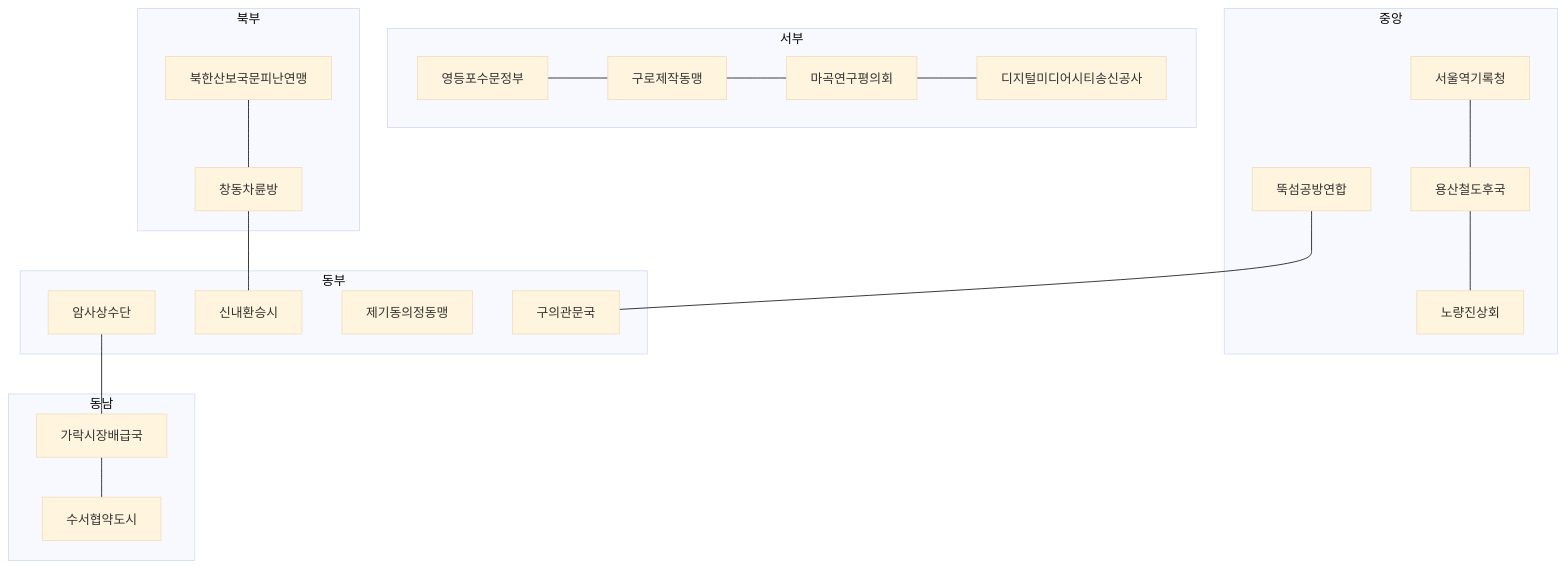
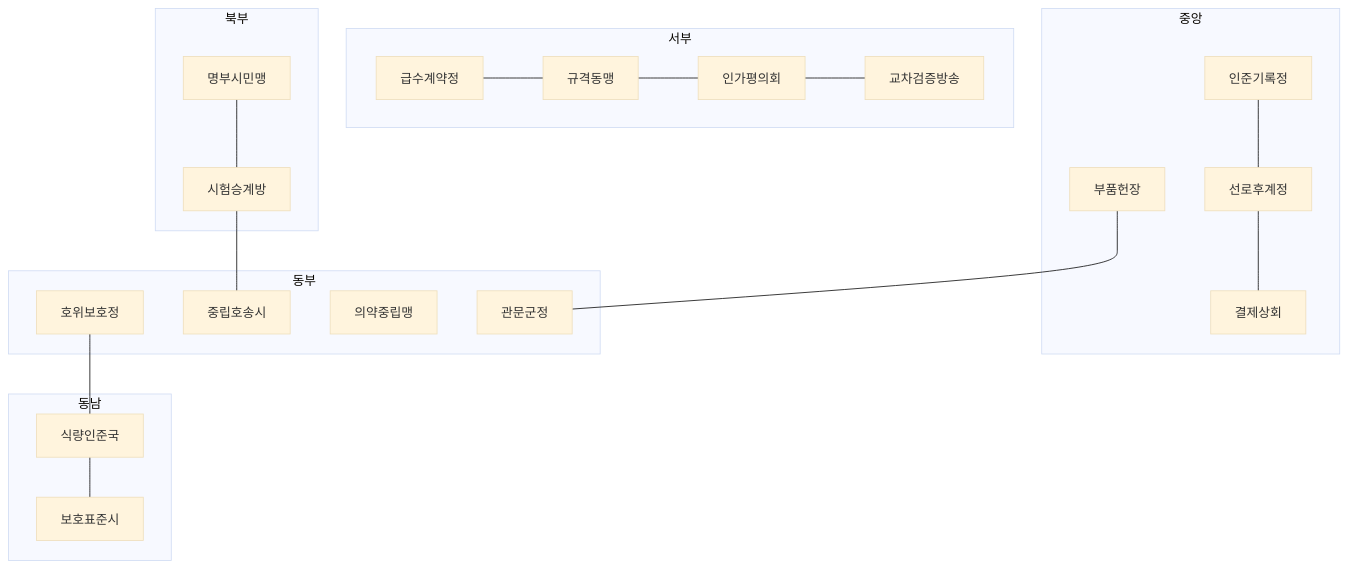
Before and after one commit to islee23520/seoul-dengoku-wiki: the diagram in Wikis/game-logic/Sixteen-States.md, drawn with Mermaid (base theme). The commit also changed other lines of this file and 215 other files, not shown here.

````diff
--- a/Wikis/game-logic/Sixteen-States.md
+++ b/Wikis/game-logic/Sixteen-States.md
@@ -13,39 +15,39 @@
 ```mermaid
 flowchart TB
   subgraph west [서부]
-    YS[영등포수문정부]
-    SN[구로제작동맹]
-    MG[마곡연구평의회]
-    SA[디지털미디어시티송신공사]
+    YS[급수계약정]
+    SN[규격동맹]
+    MG[인가평의회]
+    SA[교차검증방송]
   end
   subgraph center [중앙]
-    DS[서울역기록청]
-    YS2[용산철도후국]
-    NJ[노량진상회]
-    TD[뚝섬공방연합]
+    DS[인준기록정]
+    YS2[선로후계정]
+    NJ[결제상회]
+    TD[부품헌장]
   end
   subgraph north [북부]
-    BS[북한산보국문피난연맹]
-    CD[창동차륜방]
+    BS[명부시민맹]
+    CD[시험승계방]
   end
   subgraph east [동부]
-    AS[암사상수단]
-    SM[신내환승시]
-    YR[제기동의정동맹]
-    AC[구의관문국]
+    AS[호위보호정]
+    SM[중립호송시]
+    YR[의약중립맹]
+    AC[관문군정]
   end
   subgraph southeast [동남]
-    GR[가락시장배급국]
-    SS[수서협약도시]
+    GR[식량인준국]
+    SS[보호표준시]
   end
   YS --- SN
   SN --- MG
   MG --- SA
   DS --- YS2
   YS2 --- NJ
   TD --- AC
   AS --- GR
   GR --- SS
   CD --- SM
   BS --- CD
 ```
````
